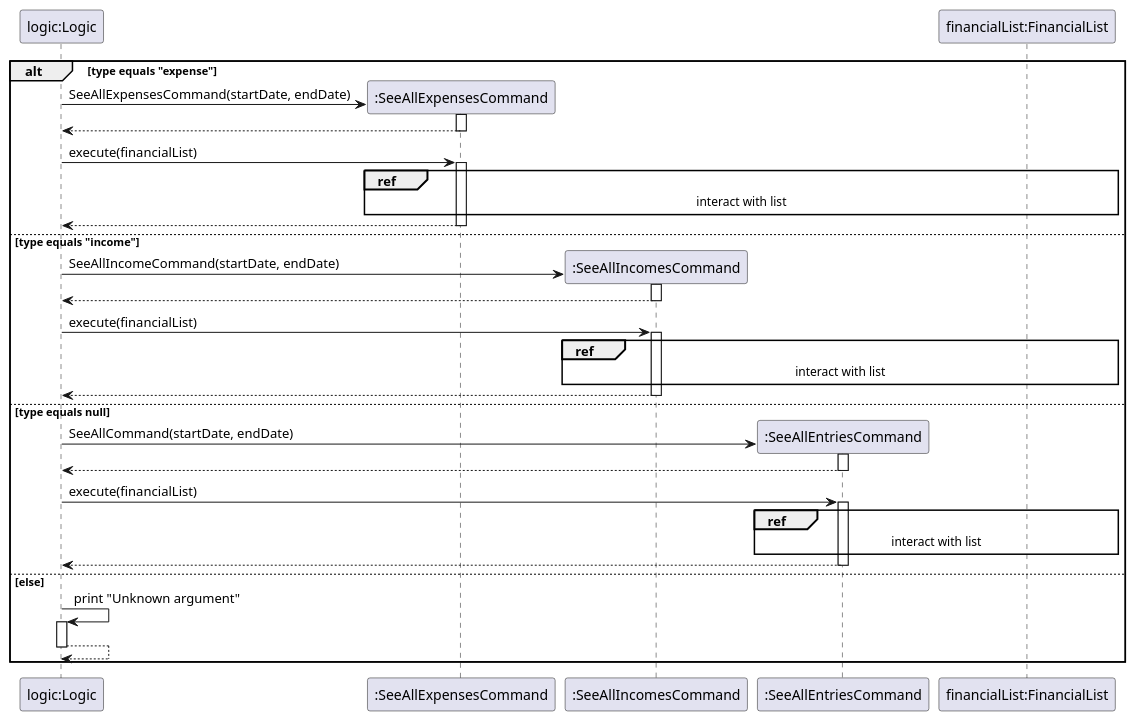
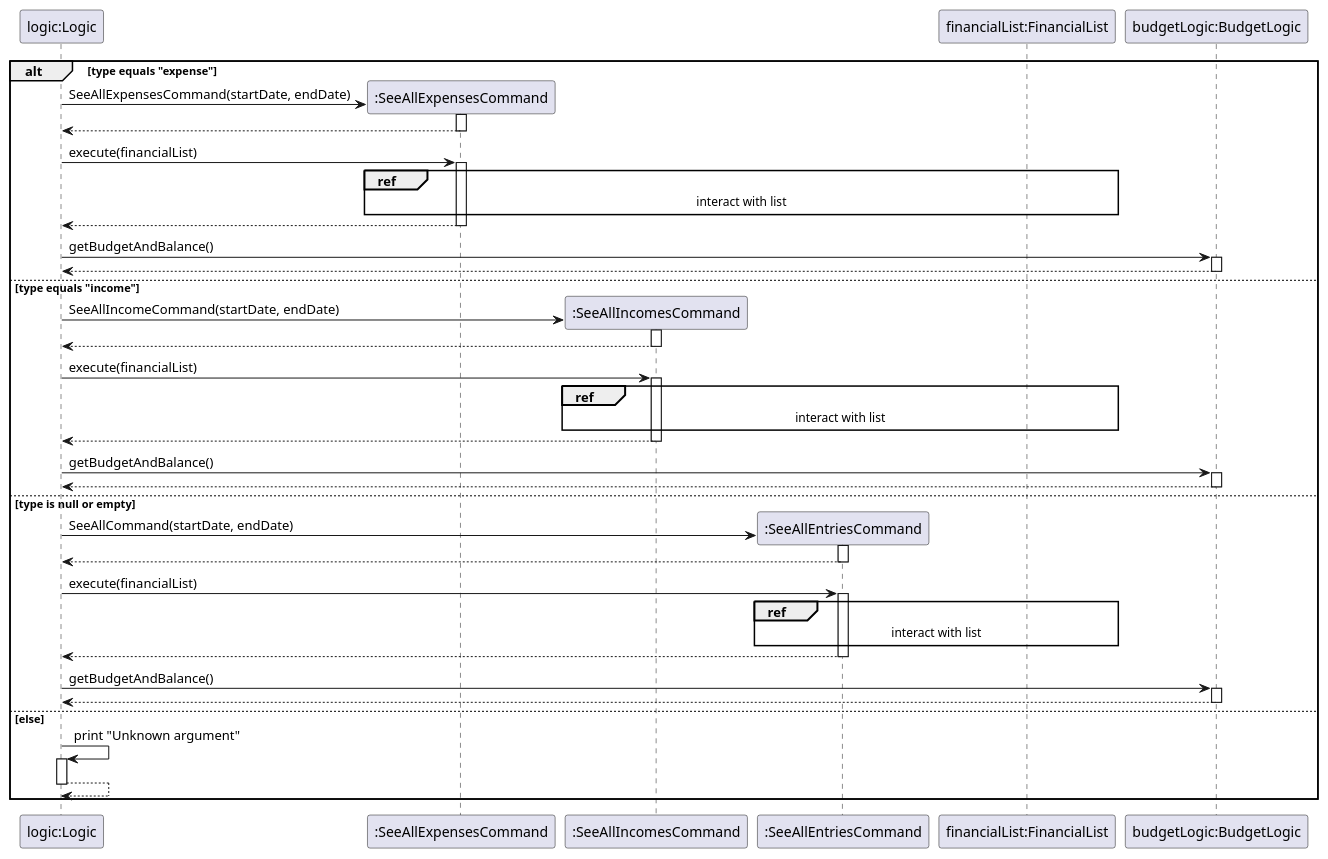
The second of 2 diagrams in docs/UML/SeeAllEntriesOverview.puml (nus-cs2113-AY2425S1/tp), drawn with PlantUML before and after one commit. The commit also changed other lines of this file and 5 other files, not shown here.

```diff
--- a/docs/UML/SeeAllEntriesOverview.puml
+++ b/docs/UML/SeeAllEntriesOverview.puml
@@ -47,50 +47,60 @@
 @startuml
 participant "logic:Logic" as app
 participant ":SeeAllExpensesCommand" as expense
 participant ":SeeAllIncomesCommand" as income
 participant ":SeeAllEntriesCommand" as all
 participant "financialList:FinancialList" as list
+participant "budgetLogic:BudgetLogic" as bl
 ' Command execution based on type
 
     alt type equals "expense"
         create expense
         app -> expense ** : SeeAllExpensesCommand(startDate, endDate)
         activate expense
         return
         app -> expense : execute(financialList)
         activate expense
         ref over expense, list
         interact with list
         end
         return
+        app -> bl : getBudgetAndBalance()
+        activate bl
+        return
     else type equals "income"
         create income
         app -> income ** : SeeAllIncomeCommand(startDate, endDate)
         activate income
         return
         app -> income : execute(financialList)
         activate income
         ref over income, list
         interact with list
         end
         return
-    else type equals null
+        app -> bl : getBudgetAndBalance()
+        activate bl
+        return
+    else type is null or empty
         create all
         app -> all ** : SeeAllCommand(startDate, endDate)
         activate all
         return
         app -> all : execute(financialList)
         activate all
         ref over all, list
         interact with list
         end
         return
+        app -> bl : getBudgetAndBalance()
+        activate bl
+        return
     else else
         app -> app : print "Unknown argument"
         activate app
         return
     end
 
 
 
 @enduml
```
